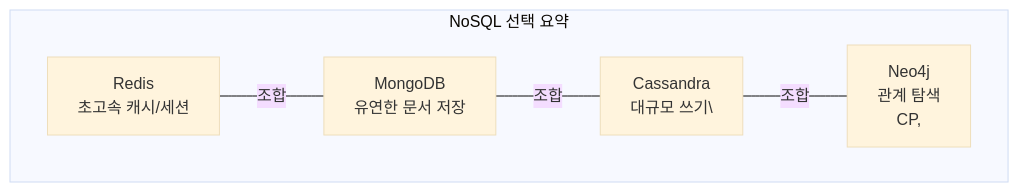
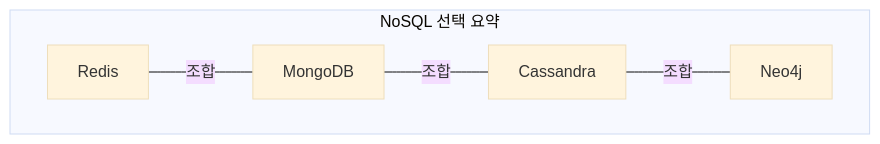
The seventh of 7 diagrams in _posts/nosql/2026-05-03-nosql-comparison.md (yjkim2015/yjkim2015.github.io), drawn with Mermaid (base theme) before and after one commit. The commit also changed other lines of this file and 217 other files, not shown here.

First line of the commit message:
Mermaid 크기 수정: useMaxWidth:true + SVG max-width:100% + 라벨 축소

````diff
--- a/_posts/nosql/2026-05-03-nosql-comparison.md
+++ b/_posts/nosql/2026-05-03-nosql-comparison.md
@@ -414,12 +414,12 @@
 ```mermaid
 graph TB
     subgraph "NoSQL 선택 요약"
-        R["Redis\n초고속 캐시/세션\n"]
-        M["MongoDB\n유연한 문서 저장"]
-        C["Cassandra\n대규모 쓰기\"]
-        N["Neo4j\n관계 탐색\nCP,"]
+        R["Redis"]
+        M["MongoDB"]
+        C["Cassandra"]
+        N["Neo4j"]
     end
     R --- |"조합"| M
     M --- |"조합"| C
     C --- |"조합"| N
 ```
````
